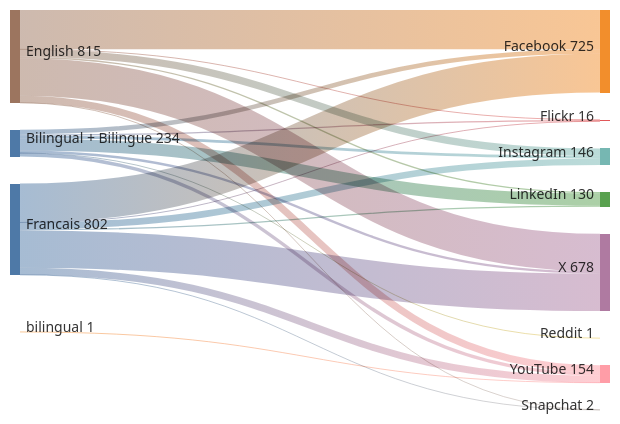
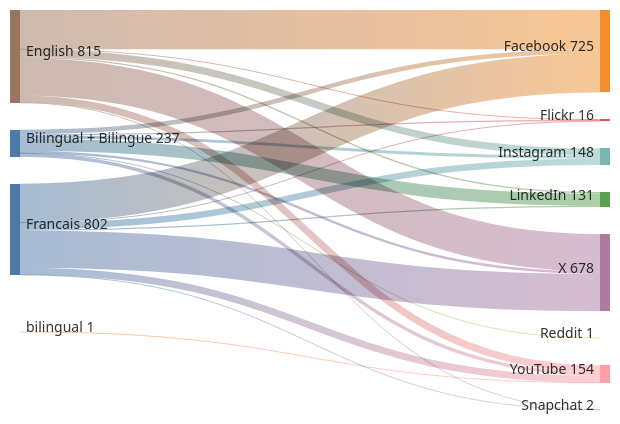
One commit to PatLittle/GC-Socials changed the diagram in sankey_diagram.md. Above: the diagram before and after it, drawn with Mermaid.

Commit message:
Update Sankey diagram for the most recent day

````diff
--- a/sankey_diagram.md
+++ b/sankey_diagram.md
@@ -1,25 +1,25 @@
 ```mermaid
 sankey-beta
   Bilingual + Bilingue,Facebook,40
   Bilingual + Bilingue,Flickr,11
-  Bilingual + Bilingue,Instagram,24
-  Bilingual + Bilingue,LinkedIn,107
+  Bilingual + Bilingue,Instagram,26
+  Bilingual + Bilingue,LinkedIn,108
   Bilingual + Bilingue,Reddit,1
   Bilingual + Bilingue,X,21
   Bilingual + Bilingue,YouTube,30
   English,Facebook,344
   English,Flickr,3
   English,Instagram,64
   English,LinkedIn,12
   English,Snapchat,1
   English,X,329
   English,YouTube,62
   Francais,Facebook,341
   Francais,Flickr,2
   Francais,Instagram,58
   Francais,LinkedIn,11
   Francais,Snapchat,1
   Francais,X,328
   Francais,YouTube,61
   bilingual,YouTube,1
 ```
````
